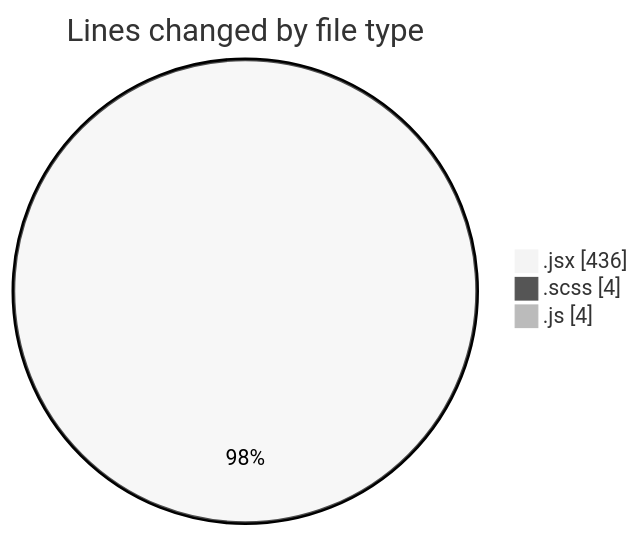
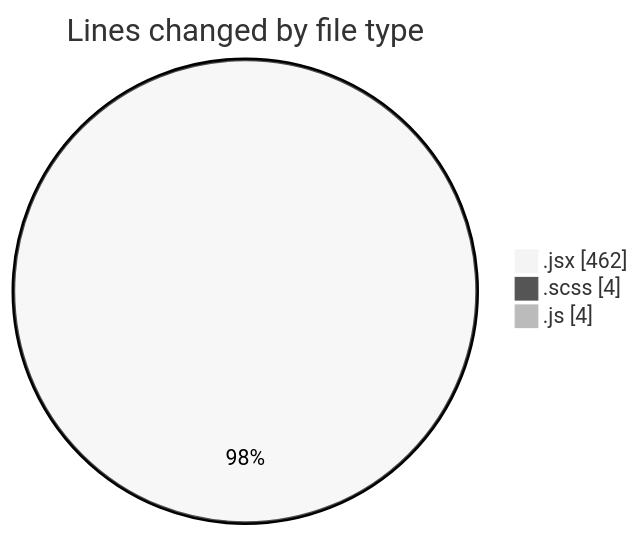
The first of 2 diagrams in 2025-06-04/cda/README.md (momahboobian/code-tracking), drawn with Mermaid (neutral theme) before and after one commit. The commit also changed other lines of this file and 1 other file, not shown here.

````diff
--- a/2025-06-04/cda/README.md
+++ b/2025-06-04/cda/README.md
@@ -23,7 +23,7 @@
 ```mermaid
 pie showData
 title Lines changed by file type
-".jsx" : 436
+".jsx" : 462
 ".scss" : 4
 ".js" : 4
 ```
````
